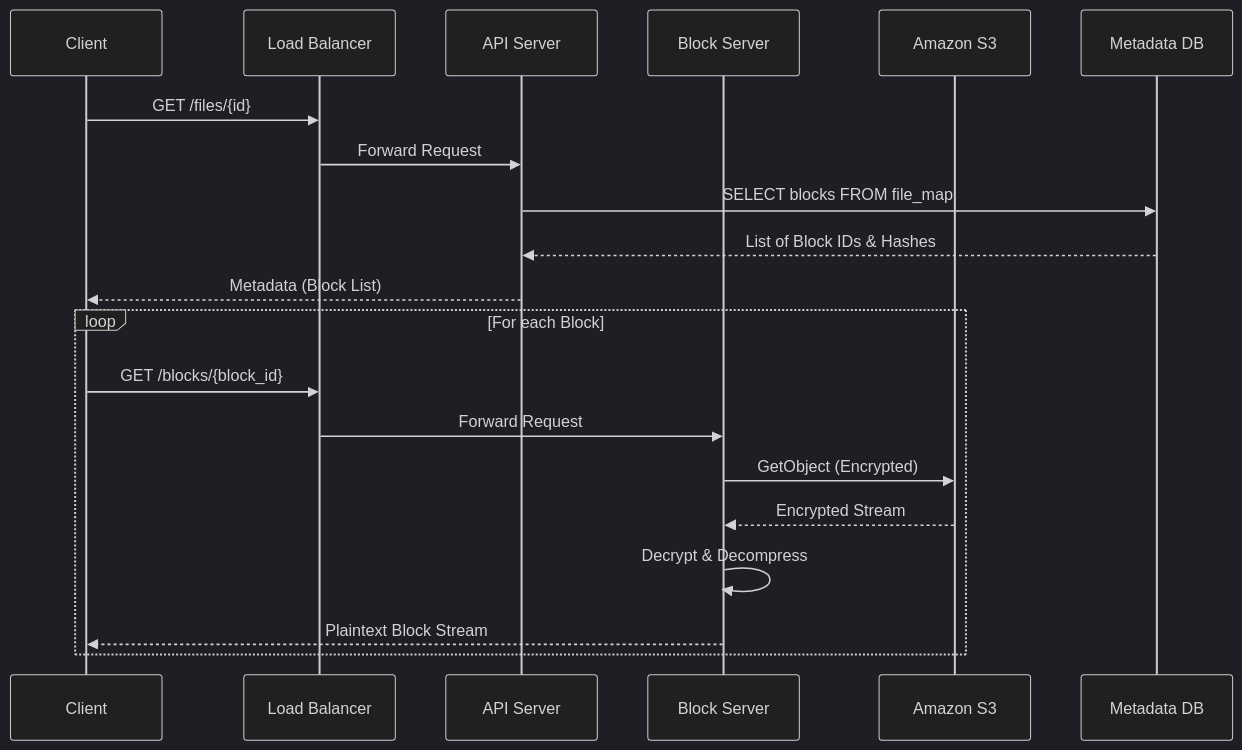
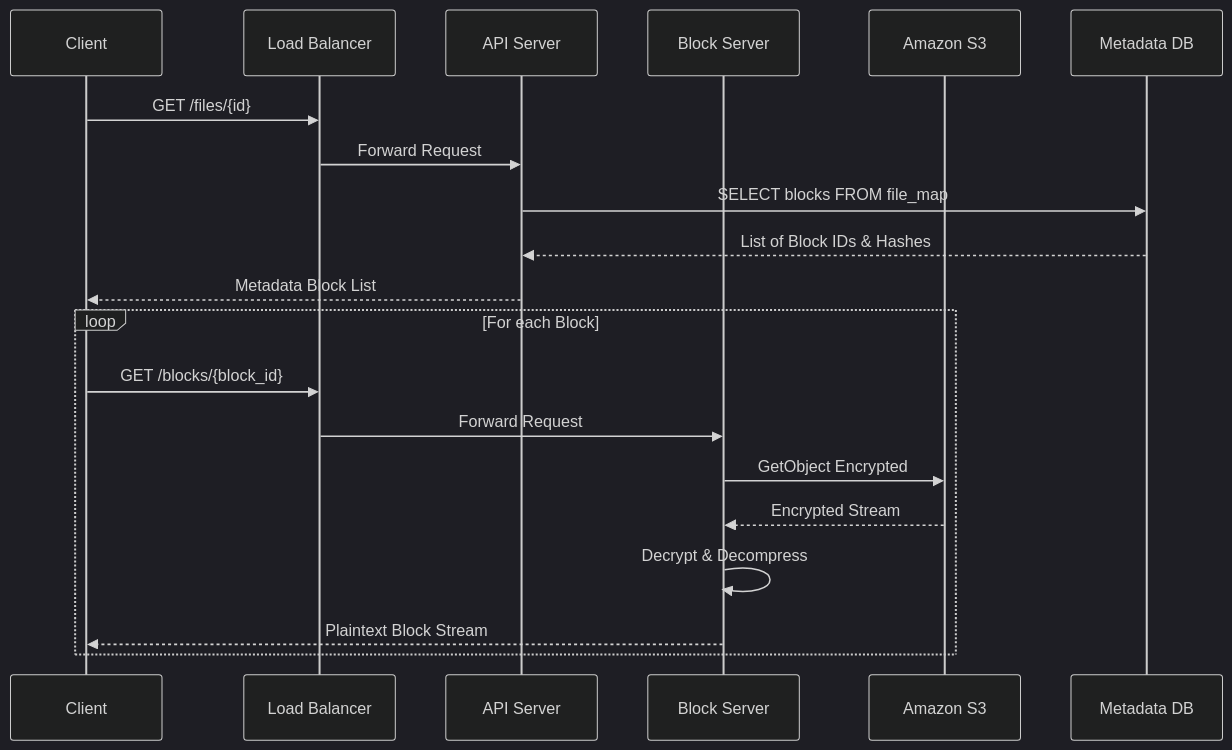
One commit to paulocer/DesignGoogleDrive changed the fourth of 25 diagrams in docs/experimento/gemini/LLMArchitecture-1.md. Above: the diagram before and after it, drawn with Mermaid (dark theme). The commit also changed other lines of this file, not shown here.

````diff
--- a/docs/experimento/gemini/LLMArchitecture-1.md
+++ b/docs/experimento/gemini/LLMArchitecture-1.md
@@ -213,24 +213,24 @@
 ```mermaid
 sequenceDiagram
     participant Client
     participant LB as Load Balancer
     participant API as API Server
     participant Block as Block Server
     participant S3 as Amazon S3
     participant DB as Metadata DB
 
     Client->>LB: GET /files/{id}
     LB->>API: Forward Request
     API->>DB: SELECT blocks FROM file_map
     DB-->>API: List of Block IDs & Hashes
-    API-->>Client: Metadata (Block List)
+    API-->>Client: Metadata Block List
 
     loop For each Block
         Client->>LB: GET /blocks/{block_id}
         LB->>Block: Forward Request
-        Block->>S3: GetObject (Encrypted)
+        Block->>S3: GetObject Encrypted
         S3-->>Block: Encrypted Stream
         Block->>Block: Decrypt & Decompress
         Block-->>Client: Plaintext Block Stream
     end
 ```
````
